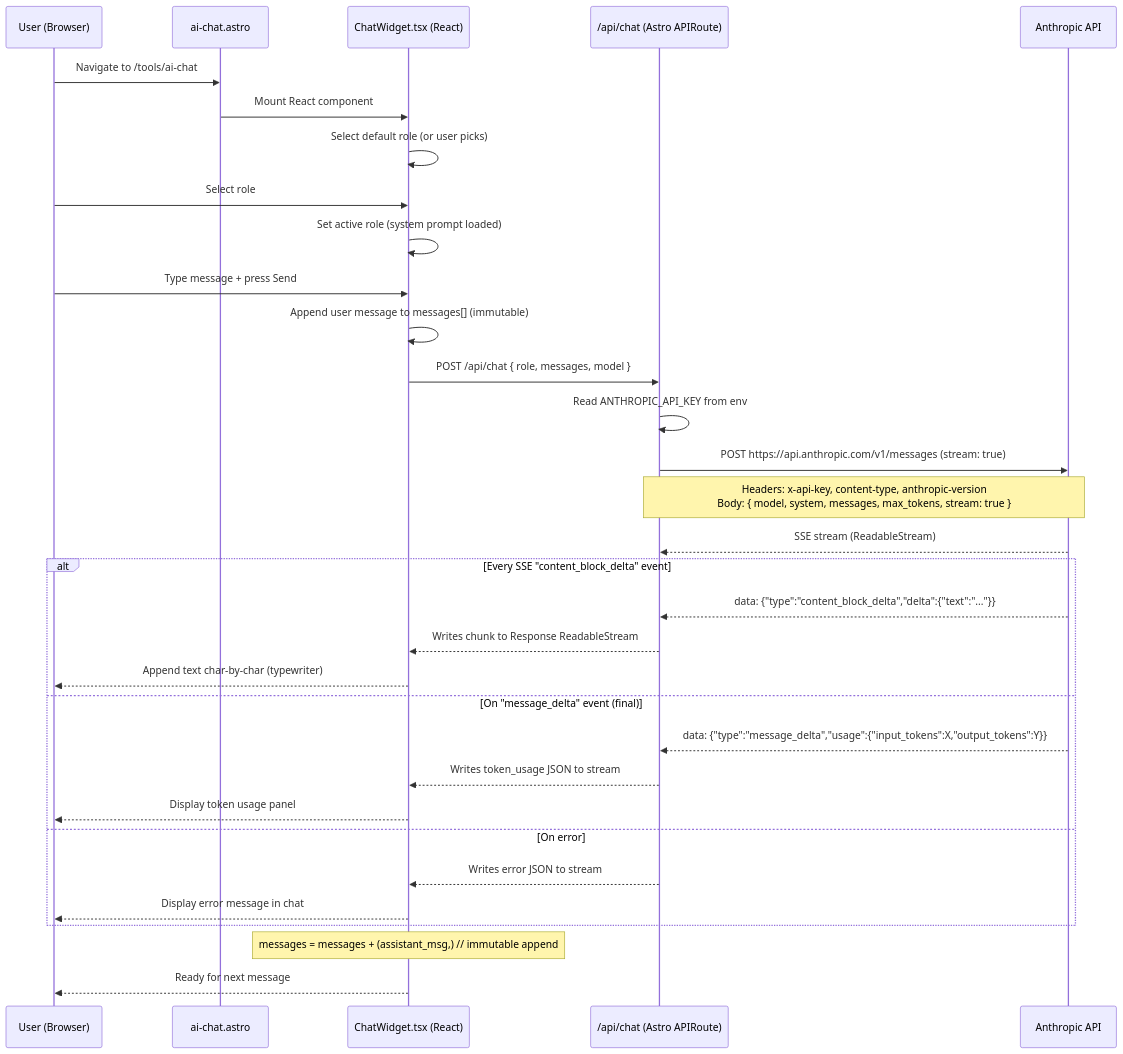
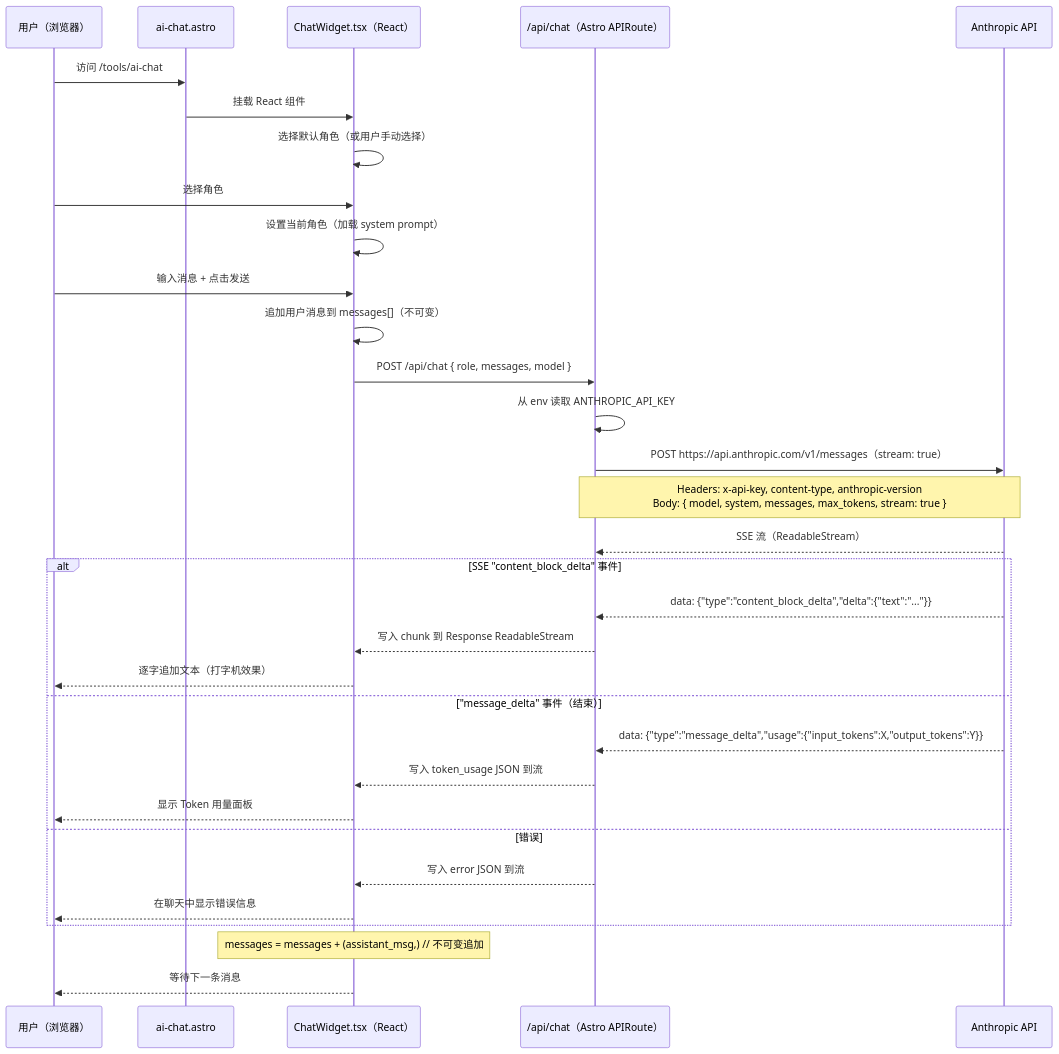
Before and after one commit to cbl315/ai-roadmap: the diagram in plans/phase2-web-chat.md, drawn with Mermaid. The commit also changed other lines of this file, not shown here.

Commit message:
docs: translate web chat plan to Chinese

````diff
--- a/plans/phase2-web-chat.md
+++ b/plans/phase2-web-chat.md
@@ -51,40 +52,40 @@
 ```mermaid
 sequenceDiagram
-    participant User as User (Browser)
+    participant User as 用户（浏览器）
     participant Page as ai-chat.astro
-    participant Widget as ChatWidget.tsx (React)
-    participant API as /api/chat (Astro APIRoute)
+    participant Widget as ChatWidget.tsx（React）
+    participant API as /api/chat（Astro APIRoute）
     participant Anthropic as Anthropic API
 
-    User->>Page: Navigate to /tools/ai-chat
-    Page->>Widget: Mount React component
-    Widget->>Widget: Select default role (or user picks)
+    User->>Page: 访问 /tools/ai-chat
+    Page->>Widget: 挂载 React 组件
+    Widget->>Widget: 选择默认角色（或用户手动选择）
 
-    User->>Widget: Select role
-    Widget->>Widget: Set active role (system prompt loaded)
+    User->>Widget: 选择角色
+    Widget->>Widget: 设置当前角色（加载 system prompt）
 
-    User->>Widget: Type message + press Send
-    Widget->>Widget: Append user message to messages[] (immutable)
+    User->>Widget: 输入消息 + 点击发送
+    Widget->>Widget: 追加用户消息到 messages[]（不可变）
     Widget->>API: POST /api/chat { role, messages, model }
 
-    API->>API: Read ANTHROPIC_API_KEY from env
-    API->>Anthropic: POST https://api.anthropic.com/v1/messages (stream: true)
+    API->>API: 从 env 读取 ANTHROPIC_API_KEY
+    API->>Anthropic: POST https://api.anthropic.com/v1/messages（stream: true）
     Note over API,Anthropic: Headers: x-api-key, content-type, anthropic-version<br/>Body: { model, system, messages, max_tokens, stream: true }
 
-    Anthropic-->>API: SSE stream (ReadableStream)
-    alt Every SSE "content_block_delta" event
+    Anthropic-->>API: SSE 流（ReadableStream）
+    alt SSE "content_block_delta" 事件
         Anthropic-->>API: data: {"type":"content_block_delta","delta":{"text":"..."}}
-        API-->>Widget: Writes chunk to Response ReadableStream
-        Widget-->>User: Append text char-by-char (typewriter)
-    else On "message_delta" event (final)
+        API-->>Widget: 写入 chunk 到 Response ReadableStream
+        Widget-->>User: 逐字追加文本（打字机效果）
+    else "message_delta" 事件（结束）
         Anthropic-->>API: data: {"type":"message_delta","usage":{"input_tokens":X,"output_tokens":Y}}
-        API-->>Widget: Writes token_usage JSON to stream
-        Widget-->>User: Display token usage panel
-    else On error
-        API-->>Widget: Writes error JSON to stream
-        Widget-->>User: Display error message in chat
+        API-->>Widget: 写入 token_usage JSON 到流
+        Widget-->>User: 显示 Token 用量面板
+    else 错误
+        API-->>Widget: 写入 error JSON 到流
+        Widget-->>User: 在聊天中显示错误信息
     end
 
-    Note over Widget: messages = messages + (assistant_msg,) // immutable append
-    Widget-->>User: Ready for next message
+    Note over Widget: messages = messages + (assistant_msg,) // 不可变追加
+    Widget-->>User: 等待下一条消息
 ```
````
